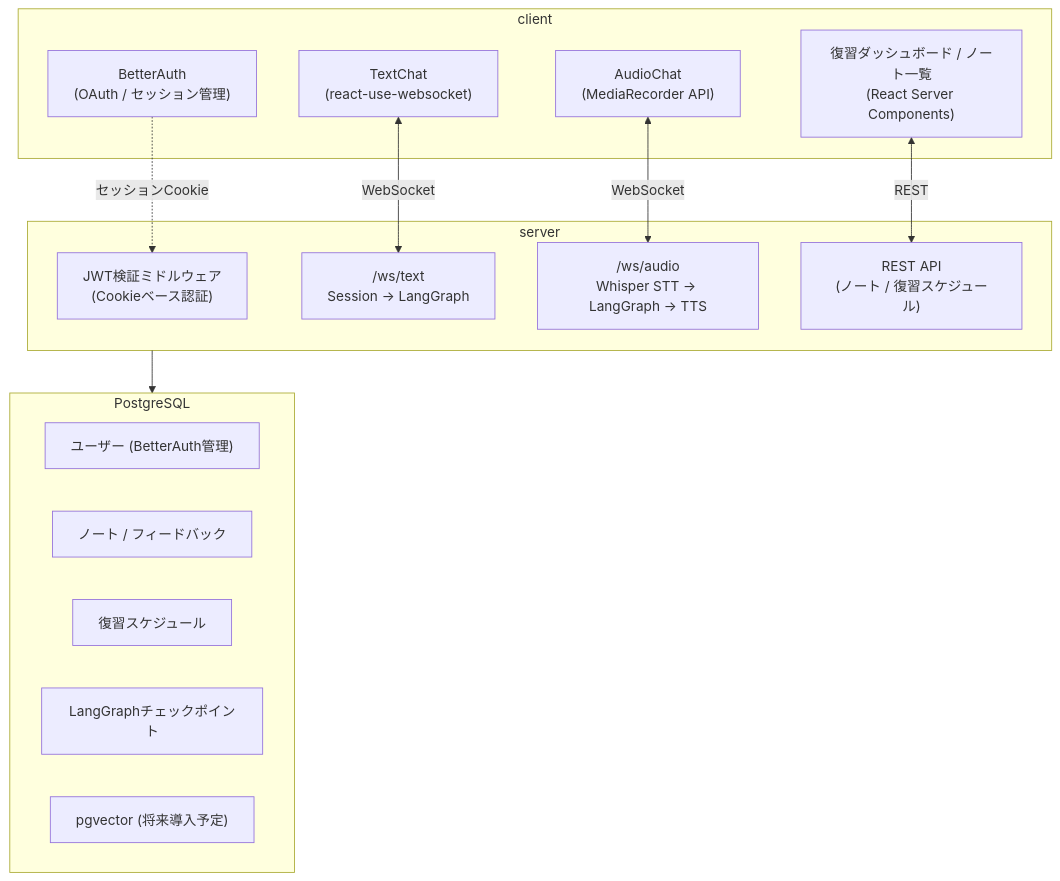
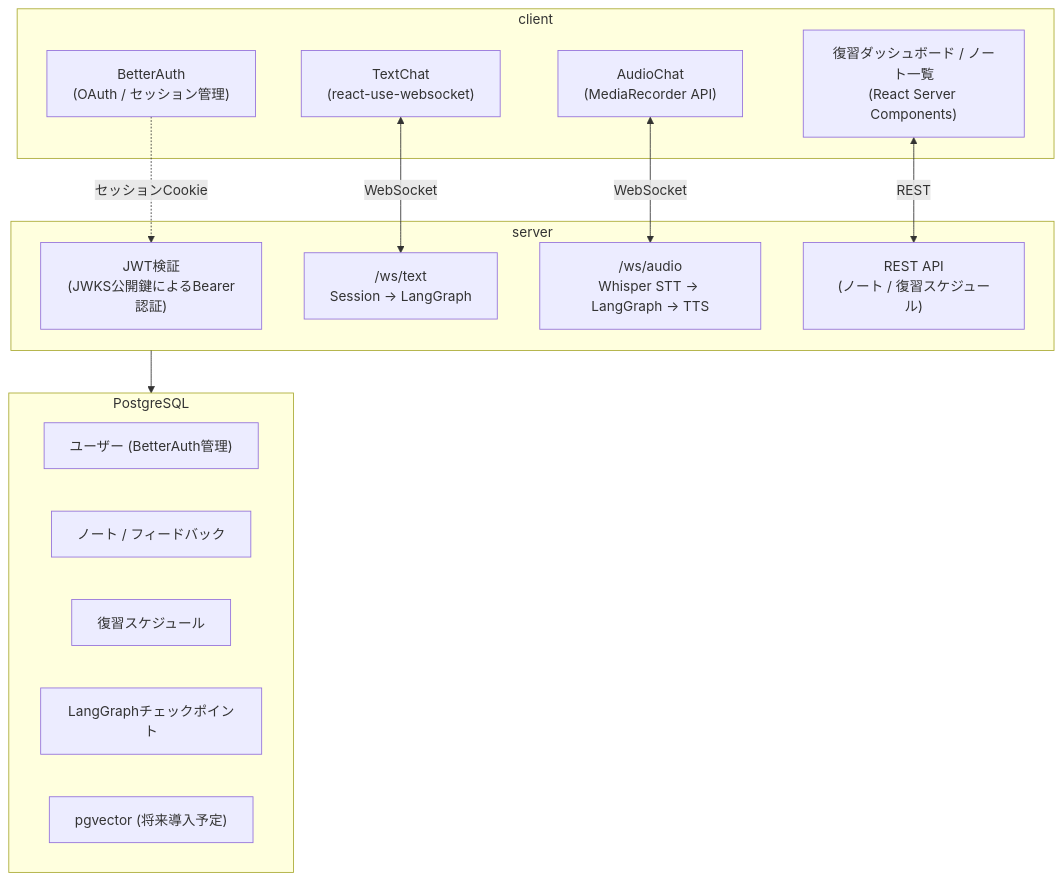
The diagram in README.md (R-koma/learning-optimizer), drawn with Mermaid before and after one commit. The commit also changed other lines of this file, not shown here.

Commit message:
chore: update READEME

````diff
--- a/README.md
+++ b/README.md
@@ -18,31 +18,31 @@
 ```mermaid
 graph TB
     subgraph Client["client"]
         Auth["BetterAuth<br/>(OAuth / セッション管理)"]
         TextChat["TextChat<br/>(react-use-websocket)"]
         AudioChat["AudioChat<br/>(MediaRecorder API)"]
         RSC["復習ダッシュボード / ノート一覧<br/>(React Server Components)"]
     end
 
     subgraph Server["server"]
-        JWTMiddleware["JWT検証ミドルウェア<br/>(Cookieベース認証)"]
+        JWTMiddleware["JWT検証<br/>(JWKS公開鍵によるBearer認証)"]
         WSText["/ws/text<br/>Session → LangGraph"]
         WSAudio["/ws/audio<br/>Whisper STT → LangGraph → TTS"]
         REST["REST API<br/>(ノート / 復習スケジュール)"]
     end
 
     subgraph DB["PostgreSQL"]
         Users["ユーザー (BetterAuth管理)"]
         Notes["ノート / フィードバック"]
         Review["復習スケジュール"]
         Checkpoint["LangGraphチェックポイント"]
         PgVector["pgvector (将来導入予定)"]
     end
 
     TextChat <-->|WebSocket| WSText
     AudioChat <-->|WebSocket| WSAudio
     RSC <-->|REST| REST
     Auth -.->|セッションCookie| JWTMiddleware
 
     Server --> DB
 ```
````
